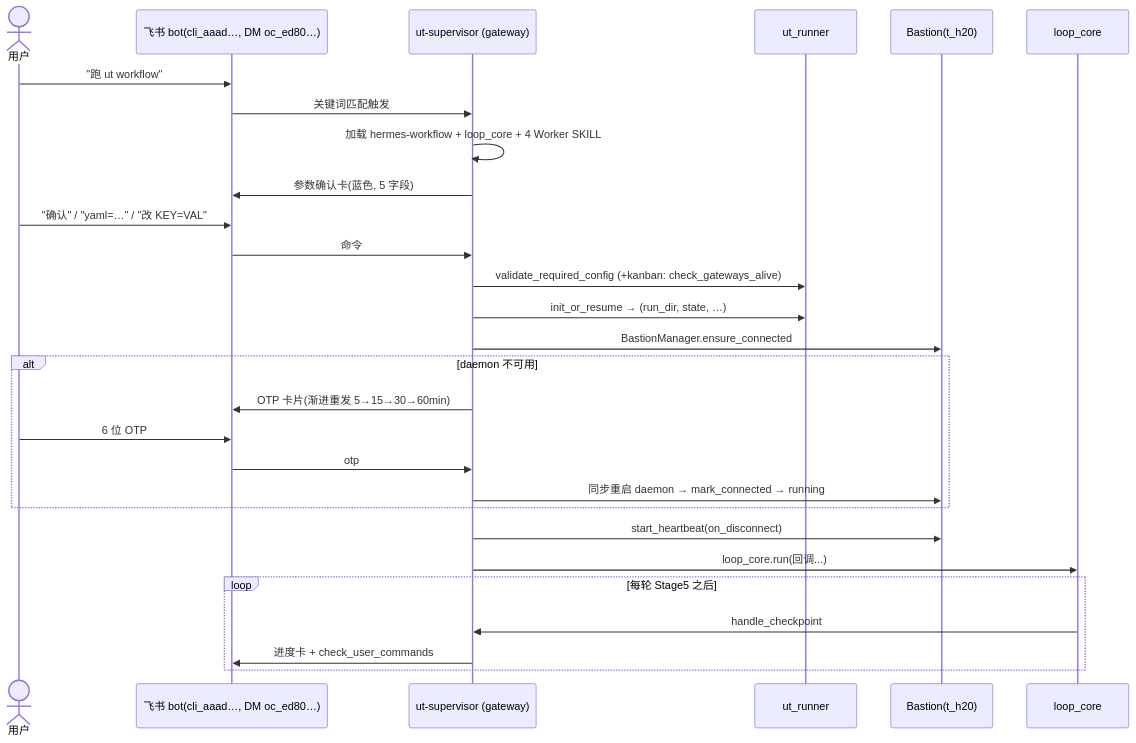
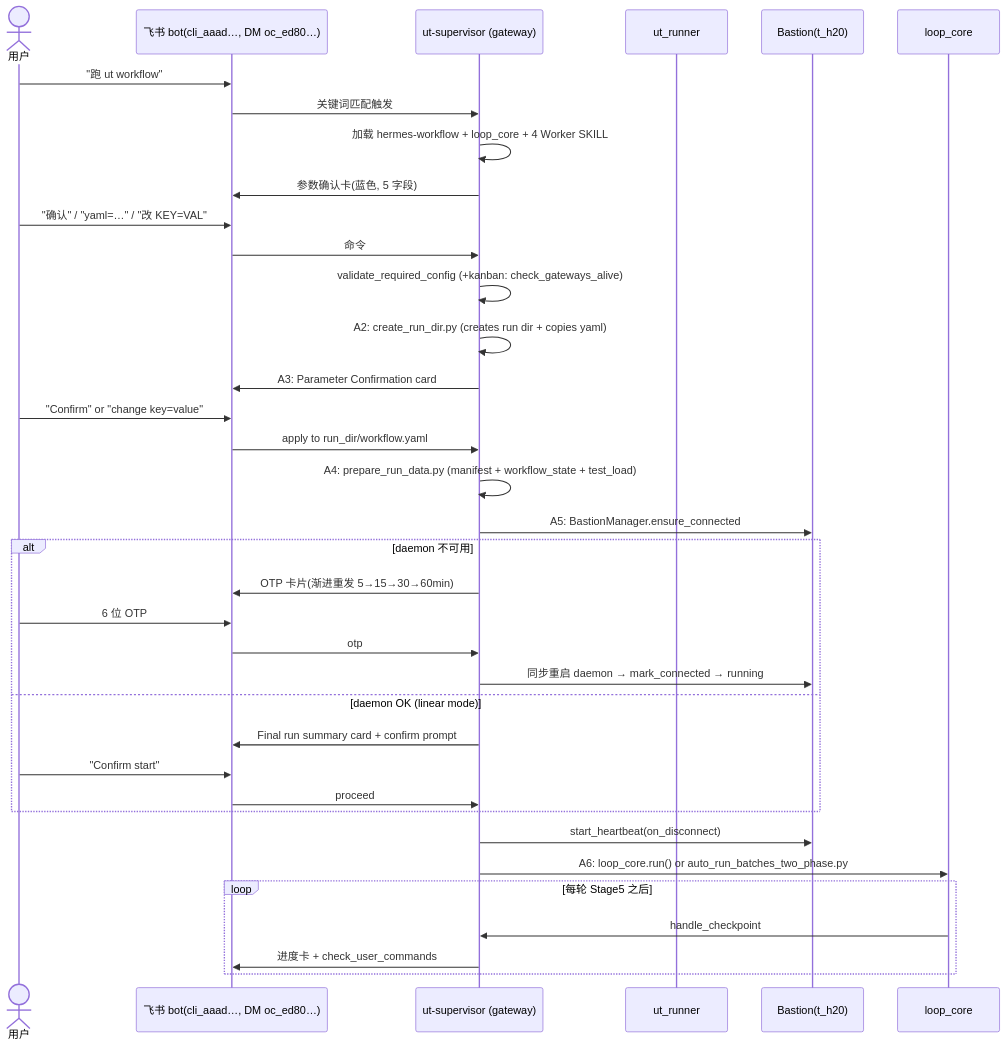
The first of 2 diagrams in skills/ut/hermes-workflow/SKILL.md (peterlau123/apmm), drawn with Mermaid before and after one commit. The commit also changed other lines of this file, not shown here.

First line of the commit message:
fix(hermes): script-driven startup flow with kanban disabled default

````diff
--- a/skills/ut/hermes-workflow/SKILL.md
+++ b/skills/ut/hermes-workflow/SKILL.md
@@ -184,30 +184,38 @@
 ```mermaid
 sequenceDiagram
     actor U as 用户
     participant F as 飞书 bot(cli_aaad…, DM oc_ed80…)
     participant S as ut-supervisor (gateway)
     participant R as ut_runner
     participant B as Bastion(t_h20)
     participant L as loop_core
     U->>F: "跑 ut workflow"
     F->>S: 关键词匹配触发
     S->>S: 加载 hermes-workflow + loop_core + 4 Worker SKILL
     S->>F: 参数确认卡(蓝色, 5 字段)
     U->>F: "确认" / "yaml=…" / "改 KEY=VAL"
     F->>S: 命令
-    S->>R: validate_required_config (+kanban: check_gateways_alive)
-    S->>R: init_or_resume → (run_dir, state, …)
-    S->>B: BastionManager.ensure_connected
+    S->>S: validate_required_config (+kanban: check_gateways_alive)
+    S->>S: A2: create_run_dir.py (creates run dir + copies yaml)
+    S->>F: A3: Parameter Confirmation card
+    U->>F: "Confirm" or "change key=value"
+    F->>S: apply to run_dir/workflow.yaml
+    S->>S: A4: prepare_run_data.py (manifest + workflow_state + test_load)
+    S->>B: A5: BastionManager.ensure_connected
     alt daemon 不可用
         S->>F: OTP 卡片(渐进重发 5→15→30→60min)
         U->>F: 6 位 OTP
         F->>S: otp
         S->>B: 同步重启 daemon → mark_connected → running
+    else daemon OK (linear mode)
+        S->>F: Final run summary card + confirm prompt
+        U->>F: "Confirm start"
+        F->>S: proceed
     end
     S->>B: start_heartbeat(on_disconnect)
-    S->>L: loop_core.run(回调...)
+    S->>L: A6: loop_core.run() or auto_run_batches_two_phase.py
     loop 每轮 Stage5 之后
         L->>S: handle_checkpoint
         S->>F: 进度卡 + check_user_commands
     end
 ```
````
